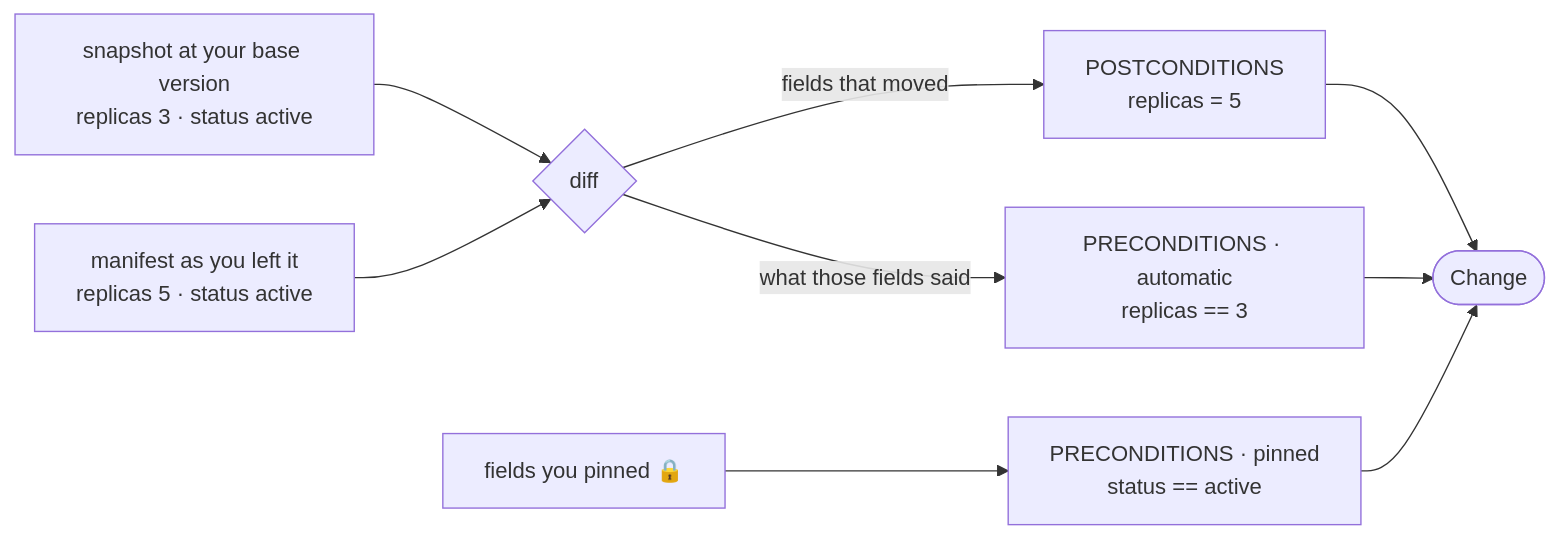
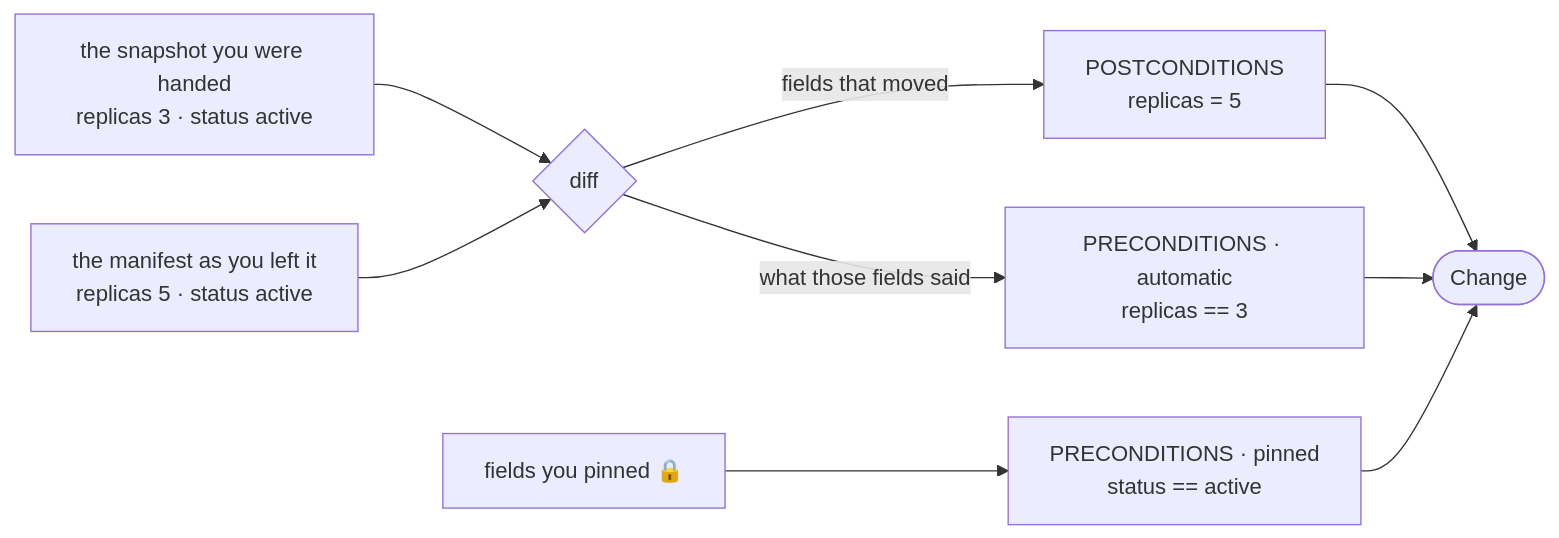
The third of 5 diagrams in README.md (Atith-C/ApplyMerge---Concurrent-Infrastructure-Apply-Reconciliation), drawn with Mermaid before and after one commit. The commit also changed other lines of this file and 1 other file, not shown here.

````diff
--- a/README.md
+++ b/README.md
@@ -117,11 +143,11 @@
 ```mermaid
 flowchart LR
-    S["snapshot at your base version<br/>replicas 3 · status active"] --> D{"diff"}
-    E["manifest as you left it<br/>replicas 5 · status active"] --> D
+    S["the snapshot you were handed<br/>replicas 3 · status active"] --> D{"diff"}
+    E["the manifest as you left it<br/>replicas 5 · status active"] --> D
     D -->|"fields that moved"| P["POSTCONDITIONS<br/>replicas = 5"]
     D -->|"what those fields said"| Q["PRECONDITIONS · automatic<br/>replicas == 3"]
     L["fields you pinned 🔒"] --> R["PRECONDITIONS · pinned<br/>status == active"]
     P --> CH(["Change"])
     Q --> CH
     R --> CH
 ```
````
